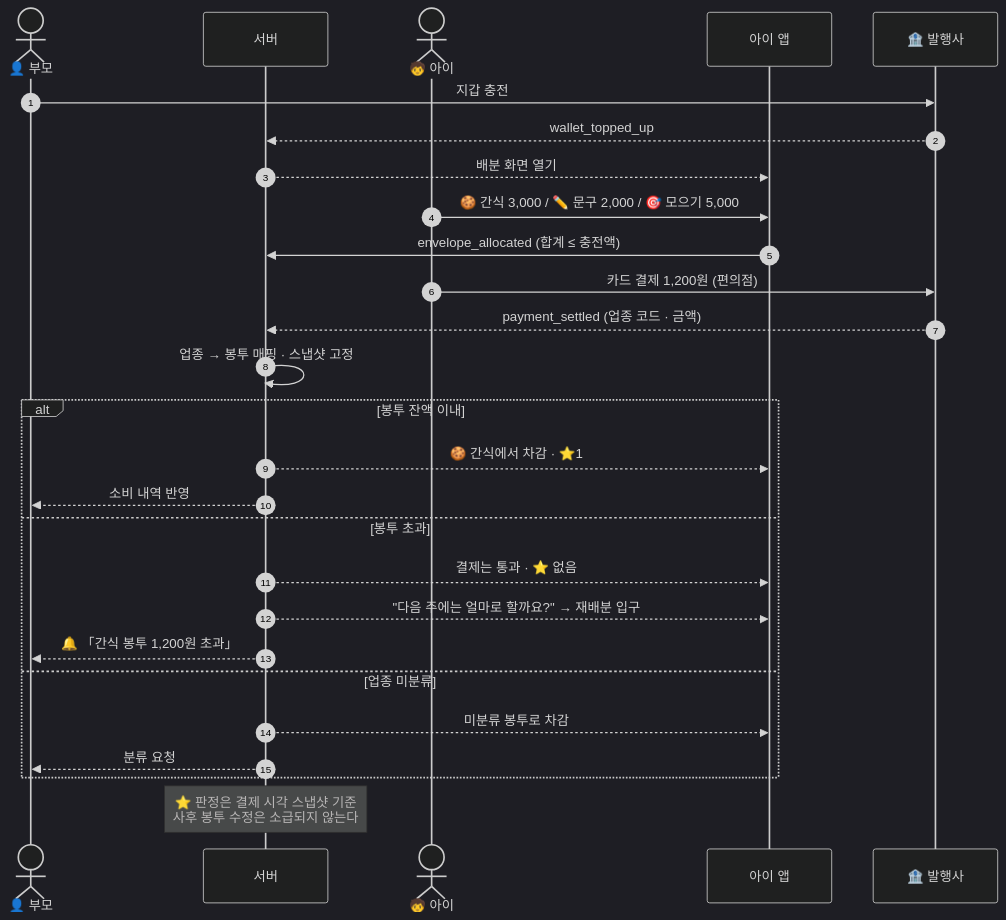
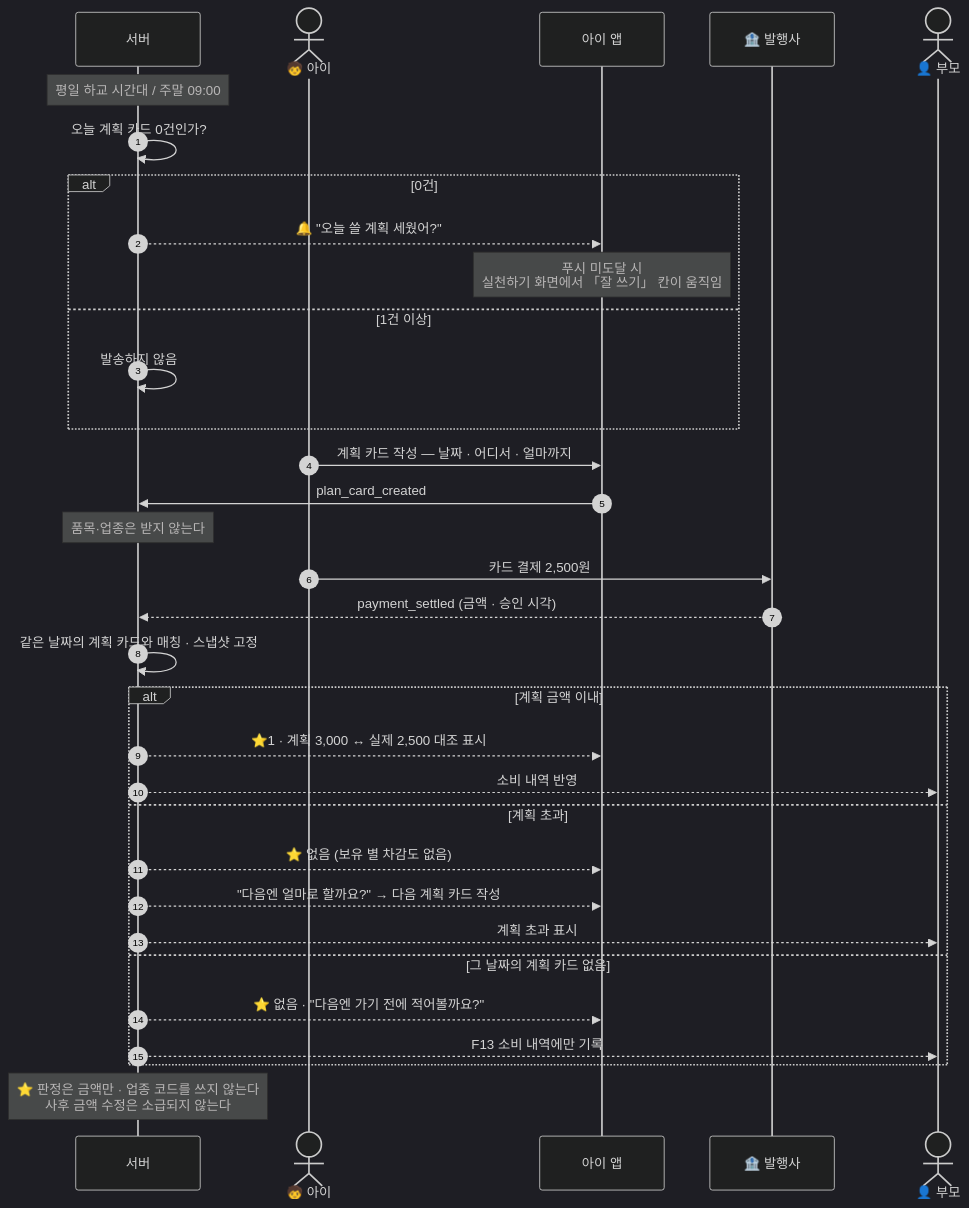
The fourth of 6 diagrams in 공용공간/10. SRS/SRS_핀프렌즈_v1_0.md (scene-one/team1_fin-friends), drawn with Mermaid (dark theme) before and after one commit. The commit also changed other lines of this file and 7 other files, not shown here.

````diff
--- a/공용공간/10. SRS/SRS_핀프렌즈_v1_0.md
+++ b/공용공간/10. SRS/SRS_핀프렌즈_v1_0.md
@@ -174,31 +174,40 @@
 ```mermaid
 sequenceDiagram
     autonumber
-    actor P as 👤 부모
     participant S as 서버
     actor C as 🧒 아이
     participant CA as 아이 앱
     participant B as 🏦 발행사
+    actor P as 👤 부모
 
-    P->>B: 지갑 충전
-    B-->>S: wallet_topped_up
-    S-->>CA: 배분 화면 열기
-    C->>CA: 🍪 간식 3,000 / ✏️ 문구 2,000 / 🎯 모으기 5,000
-    CA->>S: envelope_allocated (합계 ≤ 충전액)
+    Note over S: 평일 하교 시간대 / 주말 09:00
+    S->>S: 오늘 계획 카드 0건인가?
+    alt 0건
+        S-->>CA: 🔔 "오늘 쓸 계획 세웠어?"
+        Note over CA: 푸시 미도달 시<br/>실천하기 화면에서 「잘 쓰기」 칸이 움직임
+    else 1건 이상
+        S->>S: 발송하지 않음
+    end
 
-    C->>B: 카드 결제 1,200원 (편의점)
-    B-->>S: payment_settled (업종 코드 · 금액)
-    S->>S: 업종 → 봉투 매핑 · 스냅샷 고정
-    alt 봉투 잔액 이내
-        S-->>CA: 🍪 간식에서 차감 · ⭐1
+    C->>CA: 계획 카드 작성 — 날짜 · 어디서 · 얼마까지
+    CA->>S: plan_card_created
+    Note over S: 품목·업종은 받지 않는다
+
+    C->>B: 카드 결제 2,500원
+    B-->>S: payment_settled (금액 · 승인 시각)
+    S->>S: 같은 날짜의 계획 카드와 매칭 · 스냅샷 고정
+
+    alt 계획 금액 이내
+        S-->>CA: ⭐1 · 계획 3,000 ↔ 실제 2,500 대조 표시
         S-->>P: 소비 내역 반영
-    else 봉투 초과
-        S-->>CA: 결제는 통과 · ⭐ 없음
-        S-->>CA: "다음 주에는 얼마로 할까요?" → 재배분 입구
-        S-->>P: 🔔 「간식 봉투 1,200원 초과」
-    else 업종 미분류
-        S-->>CA: 미분류 봉투로 차감
-        S-->>P: 분류 요청
+    else 계획 초과
+        S-->>CA: ⭐ 없음 (보유 별 차감도 없음)
+        S-->>CA: "다음엔 얼마로 할까요?" → 다음 계획 카드 작성
+        S-->>P: 계획 초과 표시
+    else 그 날짜의 계획 카드 없음
+        S-->>CA: ⭐ 없음 · "다음엔 가기 전에 적어볼까요?"
+        S-->>P: F13 소비 내역에만 기록
     end
-    Note over S: ⭐ 판정은 결제 시각 스냅샷 기준<br/>사후 봉투 수정은 소급되지 않는다
+
+    Note over S: ⭐ 판정은 금액만 · 업종 코드를 쓰지 않는다<br/>사후 금액 수정은 소급되지 않는다
 ```
````
